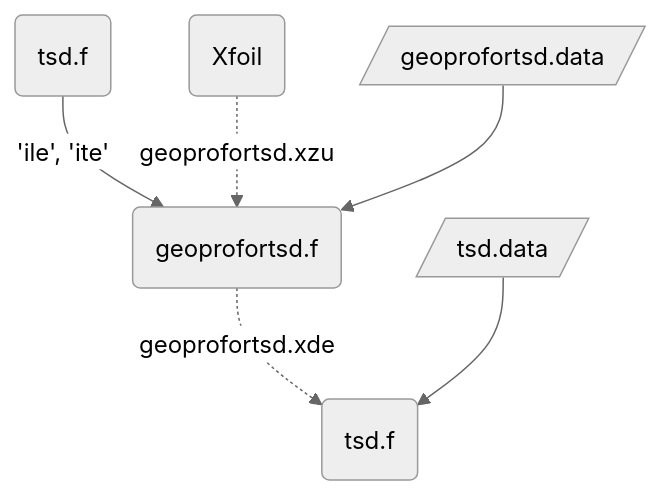
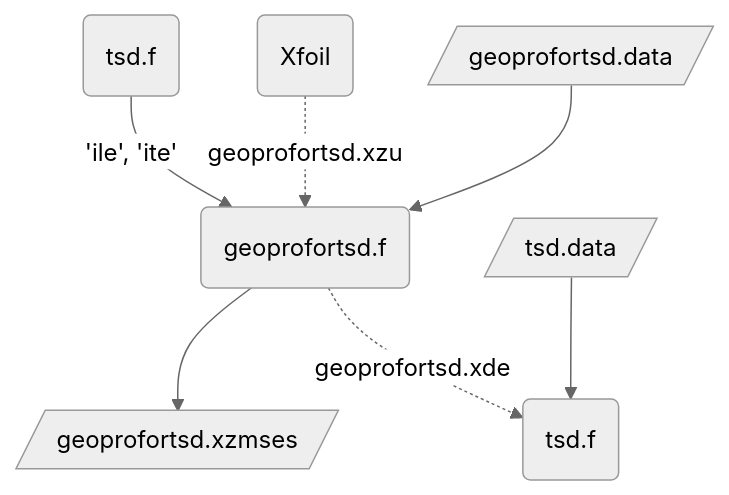
One commit to Transonic-Integrated-AeroDesign/AeroDes changed the third of 3 diagrams in README.md. Above: the diagram before and after it, drawn with Mermaid (neutral theme). The commit also changed other lines of this file, not shown here.

````diff
--- a/README.md
+++ b/README.md
@@ -240,8 +240,9 @@
 ```mermaid
 flowchart TD
     id6("tsd.f") -->|"'ile', 'ite'"| id2(geoprofortsd.f)
     id1(Xfoil) -.->|"geoprofortsd.xzu"| id2(geoprofortsd.f)
+    id2(geoprofortsd.f) --> id7[/geoprofortsd.xzmses/]
     id5[/geoprofortsd.data/] --> id2(geoprofortsd.f)
     id2(geoprofortsd.f) -.->|"geoprofortsd.xde"| id3("tsd.f")
     id4[/tsd.data/] --> id3("tsd.f")
 ```
````
